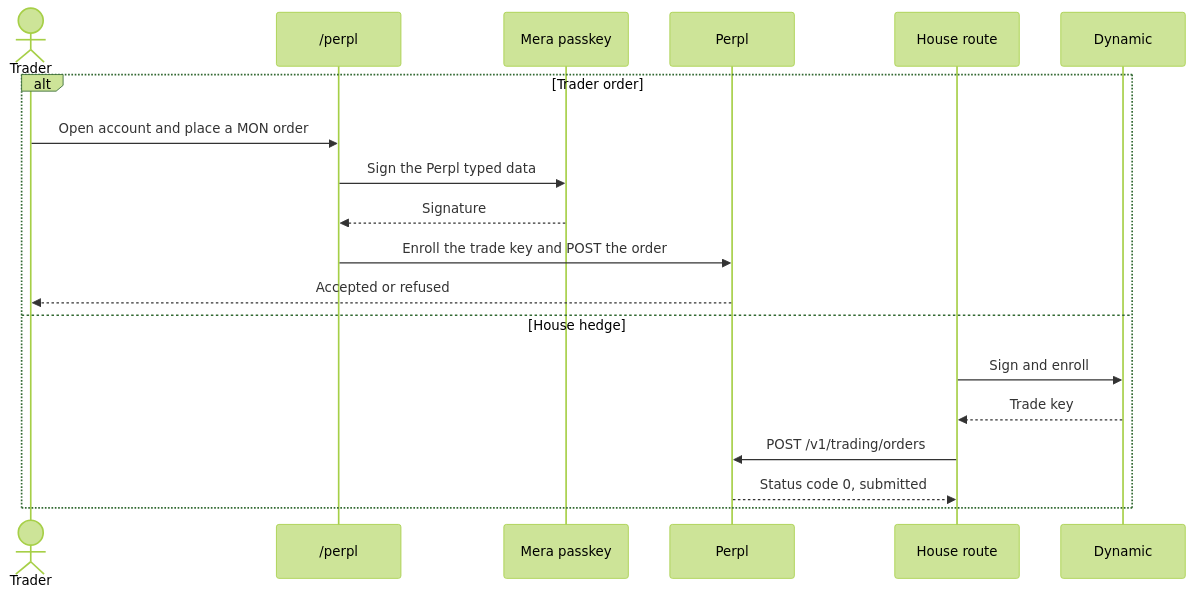
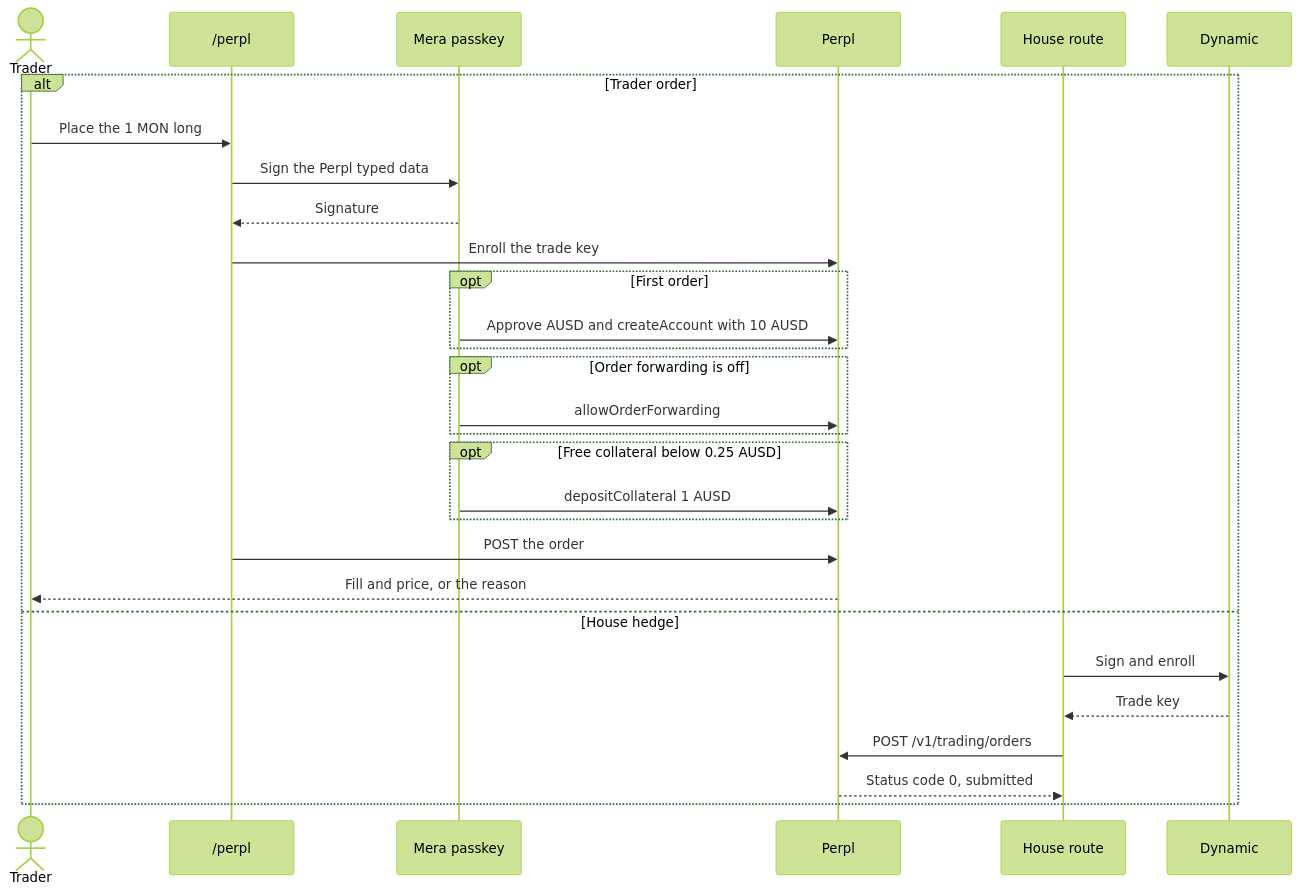
One commit to AmaanSayyad/MonBlip changed the ninth of 13 diagrams in README.md. Above: the diagram before and after it, drawn with Mermaid (forest theme). The commit also changed other lines of this file and 16 other files, not shown here.

Commit message:
Link every sponsor flow to its Monad transactions and add screenshots from the app and sponsor dashboards.

````diff
--- a/README.md
+++ b/README.md
@@ -280,22 +405,32 @@
 ```mermaid
 sequenceDiagram
   actor Trader
   participant App as /perpl
   participant Mera as Mera passkey
   participant Perpl
   participant House as House route
   participant Dynamic
 
   alt Trader order
-    Trader->>App: Open account and place a MON order
+    Trader->>App: Place the 1 MON long
     App->>Mera: Sign the Perpl typed data
     Mera-->>App: Signature
-    App->>Perpl: Enroll the trade key and POST the order
-    Perpl-->>Trader: Accepted or refused
+    App->>Perpl: Enroll the trade key
+    opt First order
+      Mera->>Perpl: Approve AUSD and createAccount with 10 AUSD
+    end
+    opt Order forwarding is off
+      Mera->>Perpl: allowOrderForwarding
+    end
+    opt Free collateral below 0.25 AUSD
+      Mera->>Perpl: depositCollateral 1 AUSD
+    end
+    App->>Perpl: POST the order
+    Perpl-->>Trader: Fill and price, or the reason
   else House hedge
     House->>Dynamic: Sign and enroll
     Dynamic-->>House: Trade key
     House->>Perpl: POST /v1/trading/orders
     Perpl-->>House: Status code 0, submitted
   end
 ```
````
